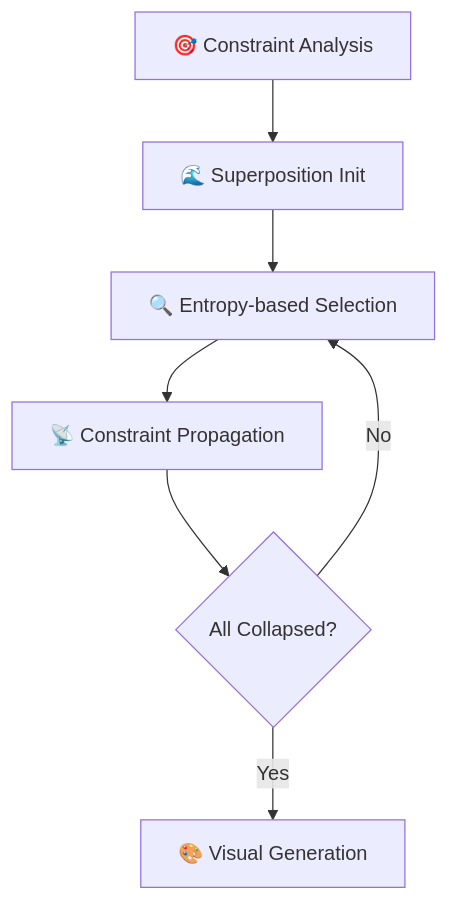
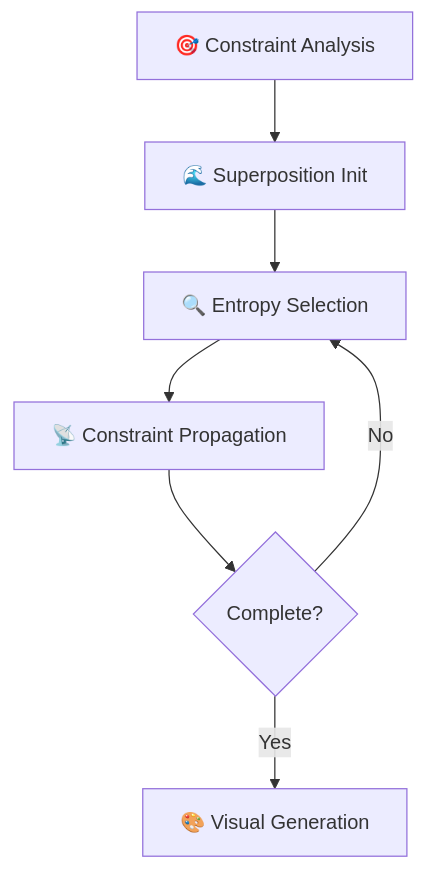
One commit to devouring123/ProceduralWorld changed the diagram in README.md. Above: the diagram before and after it, drawn with Mermaid. The commit also changed other lines of this file, not shown here.

````diff
--- a/README.md
+++ b/README.md
@@ -43,9 +46,9 @@
 ```mermaid
 graph TD
     A[🎯 Constraint Analysis] --> B[🌊 Superposition Init]
-    B --> C[🔍 Entropy-based Selection]
+    B --> C[🔍 Entropy Selection]
     C --> D[📡 Constraint Propagation]
-    D --> E{All Collapsed?}
+    D --> E{Complete?}
     E -->|No| C
     E -->|Yes| F[🎨 Visual Generation]
 ```
````
